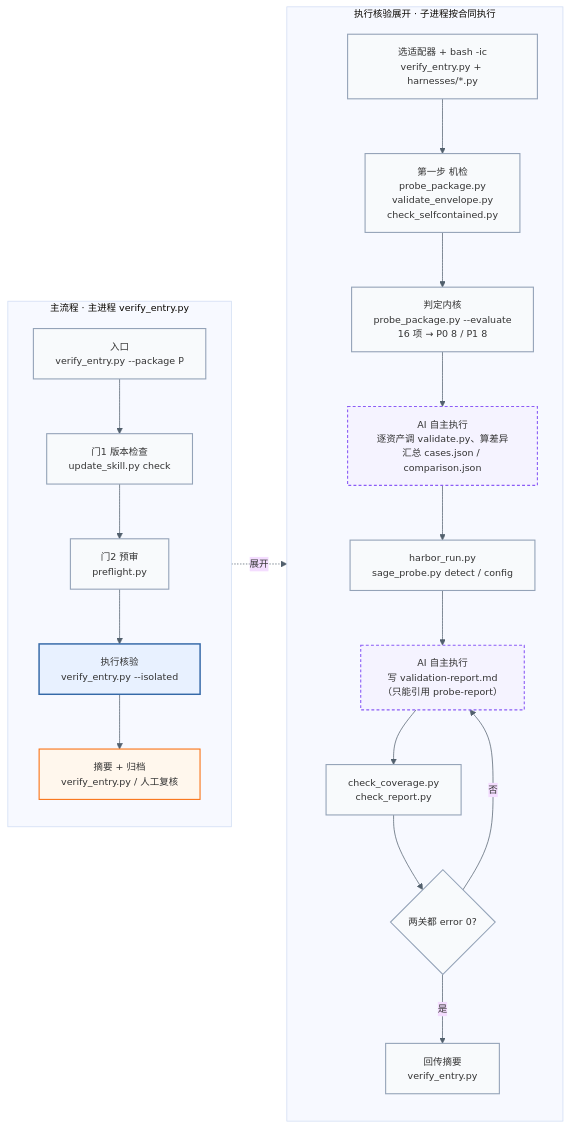
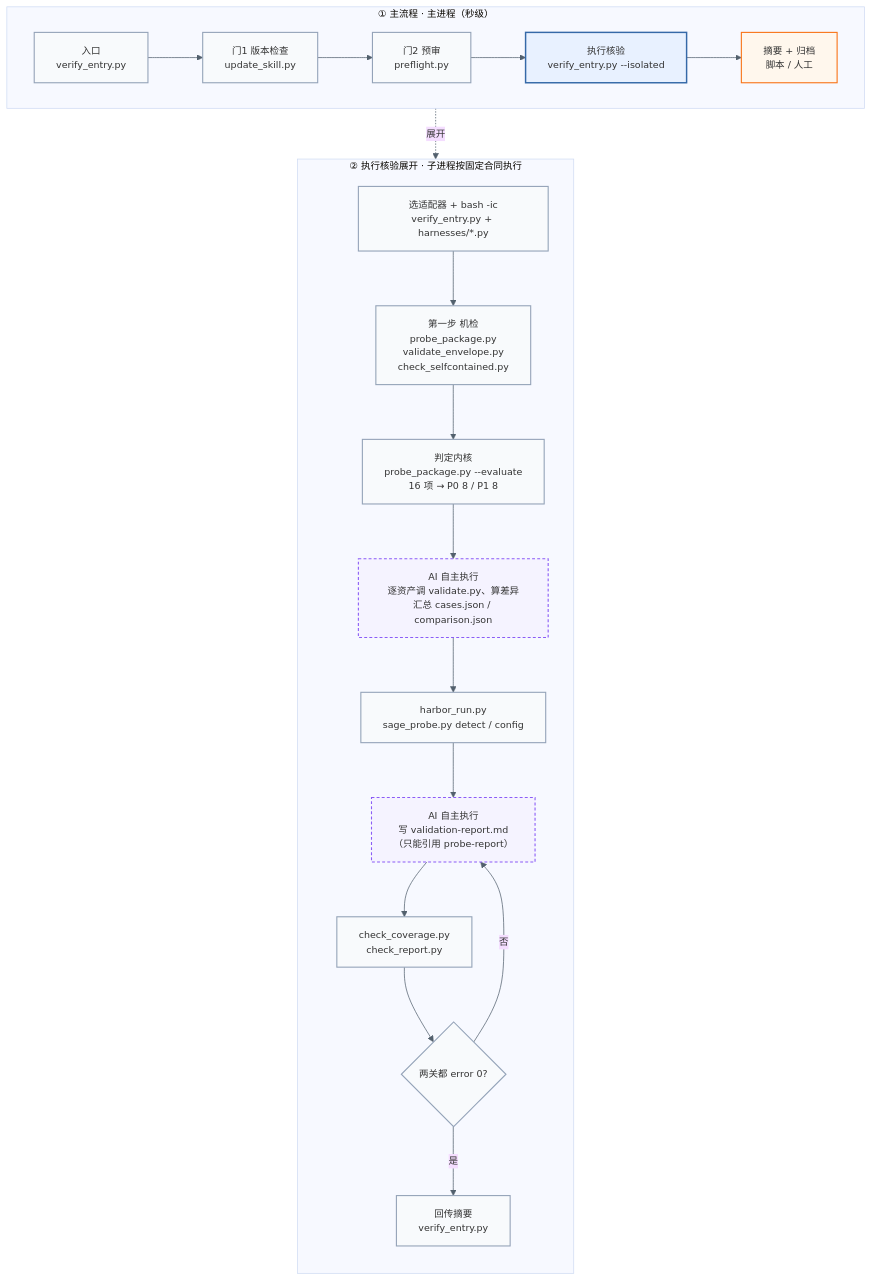
Before and after one commit to KnowledgeXLab/sci-asset-verify-skill: the diagram in README.md, drawn with Mermaid. The commit also changed other lines of this file, not shown here.

Commit message:
docs(readme): 流程图改成上下布局（主流程在上、执行核验展开在下），避免横向过宽
- 外层 flowchart TD：① 主流程（内部 direction LR，一行五个短节点）
  ② 执行核验展开（direction TB 竖排链路），D -. 展开 .-> D0 连接两级
- 节点标签压成 2~4 行以收窄宽度；脚本名、AI 自主执行、人工的标注规则不变
- 表头图例仍为：实线=脚本、紫虚线=AI、橙色=人工

````diff
--- a/README.md
+++ b/README.md
@@ -258,40 +258,26 @@
 ```mermaid
 %%{init: {"theme": "base", "themeVariables": {"fontSize": "13px", "lineColor": "#52606d"}}}%%
-flowchart LR
-    subgraph MAIN["主流程 · 主进程 verify_entry.py"]
-        direction TB
-        A["入口<br/>verify_entry.py --package P"]
-        B["门1 版本检查<br/>update_skill.py check"]
-        C["门2 预审<br/>preflight.py"]
-        D["执行核验<br/>verify_entry.py --isolated"]
-        E["摘要 + 归档<br/>verify_entry.py / 人工复核"]
-        A --> B --> C --> D --> E
+flowchart TD
+    subgraph MAIN["① 主流程 · 主进程（秒级）"]
+        direction LR
+        A["入口<br/>verify_entry.py"] --> B["门1 版本检查<br/>update_skill.py"] --> C["门2 预审<br/>preflight.py"] --> D["执行核验<br/>verify_entry.py --isolated"] --> E["摘要 + 归档<br/>脚本 / 人工"]
     end
 
-    subgraph DETAIL["执行核验展开 · 子进程按合同执行"]
+    subgraph DETAIL["② 执行核验展开 · 子进程按固定合同执行"]
         direction TB
-        D0["选适配器 + bash -ic<br/>verify_entry.py + harnesses/*.py"]
-        S1["第一步 机检<br/>probe_package.py<br/>validate_envelope.py<br/>check_selfcontained.py"]
-        K["判定内核<br/>probe_package.py --evaluate<br/>16 项 → P0 8 / P1 8"]
-        S2["AI 自主执行<br/>逐资产调 validate.py、算差异<br/>汇总 cases.json / comparison.json"]
-        S2b["harbor_run.py<br/>sage_probe.py detect / config"]
-        S3["AI 自主执行<br/>写 validation-report.md<br/>（只能引用 probe-report）"]
-        S3b["check_coverage.py<br/>check_report.py"]
-        G{"两关都 error 0?"}
-        OUT["回传摘要<br/>verify_entry.py"]
-        D0 --> S1 --> K --> S2 --> S2b --> S3 --> S3b --> G
+        D0["选适配器 + bash -ic<br/>verify_entry.py + harnesses/*.py"] --> S1["第一步 机检<br/>probe_package.py<br/>validate_envelope.py<br/>check_selfcontained.py"] --> K["判定内核<br/>probe_package.py --evaluate<br/>16 项 → P0 8 / P1 8"] --> S2["AI 自主执行<br/>逐资产调 validate.py、算差异<br/>汇总 cases.json / comparison.json"] --> S2b["harbor_run.py<br/>sage_probe.py detect / config"] --> S3["AI 自主执行<br/>写 validation-report.md<br/>（只能引用 probe-report）"] --> S3b["check_coverage.py<br/>check_report.py"] --> G{"两关都 error 0?"}
         G -- 否 --> S3
-        G -- 是 --> OUT
+        G -- 是 --> OUT["回传摘要<br/>verify_entry.py"]
     end
 
     D -. 展开 .-> D0
 
     classDef script fill:#f8fafc,stroke:#94a3b8,stroke-width:1.5px;
     classDef ai fill:#f5f3ff,stroke:#8b5cf6,stroke-width:1.5px,stroke-dasharray:4 3;
     classDef human fill:#fff7ed,stroke:#f97316,stroke-width:1.5px;
     classDef focus fill:#e8f1ff,stroke:#3569a8,stroke-width:2px;
     class A,B,C,D0,S1,K,S2b,S3b,G,OUT script;
     class D focus;
     class S2,S3 ai;
     class E human;
 ```
````
